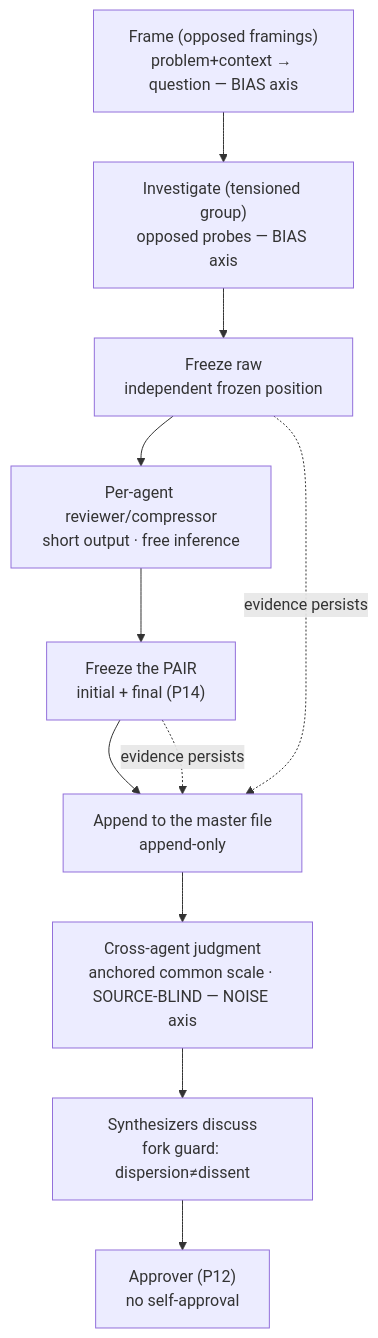
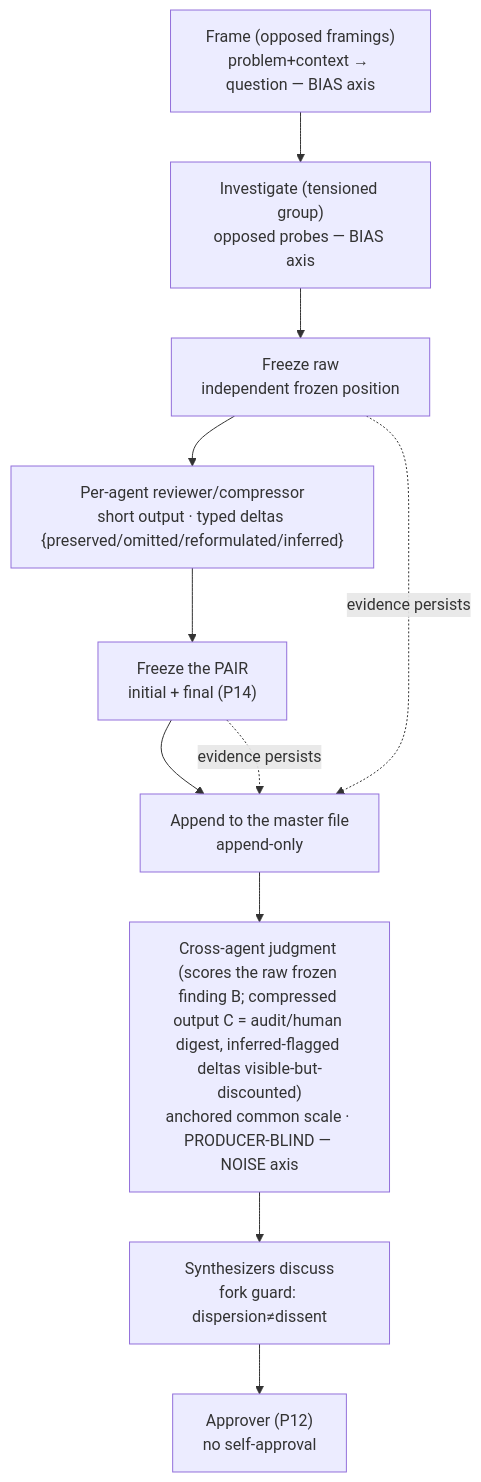
The diagram in vault/hypothesis/anti-noise-orchestration.md (VictorBoscaro/cyberalchemy-orchestrator), drawn with Mermaid before and after one commit. The commit also changed other lines of this file and 62 other files, not shown here.

````diff
--- a/vault/hypothesis/anti-noise-orchestration.md
+++ b/vault/hypothesis/anti-noise-orchestration.md
@@ -230,13 +283,13 @@
 ```mermaid
 flowchart TD
     F0["Frame (opposed framings)<br/>problem+context → question — BIAS axis"] --> A
     A["Investigate (tensioned group)<br/>opposed probes — BIAS axis"] --> B["Freeze raw<br/>independent frozen position"]
-    B --> C["Per-agent reviewer/compressor<br/>short output · free inference"]
+    B --> C["Per-agent reviewer/compressor<br/>short output · typed deltas {preserved/omitted/reformulated/inferred}"]
     C --> D["Freeze the PAIR<br/>initial + final (P14)"]
     D --> E["Append to the master file<br/>append-only"]
-    E --> F["Cross-agent judgment<br/>anchored common scale · SOURCE-BLIND — NOISE axis"]
+    E --> F["Cross-agent judgment (scores the raw frozen finding B; compressed output C = audit/human digest, inferred-flagged deltas visible-but-discounted)<br/>anchored common scale · PRODUCER-BLIND — NOISE axis"]
     F --> G["Synthesizers discuss<br/>fork guard: dispersion≠dissent"]
     G --> H["Approver (P12)<br/>no self-approval"]
     B -. evidence persists .-> E
     D -. evidence persists .-> E
 ```
````
